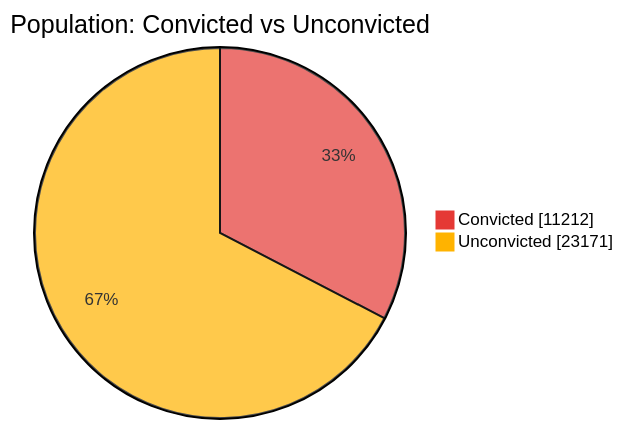
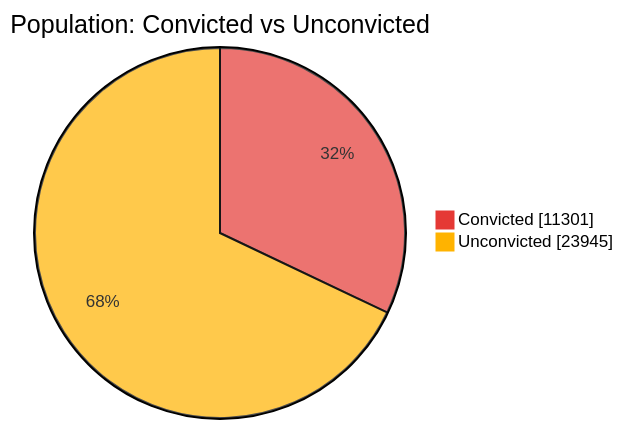
One commit to nuuuwan/lk_prisons changed the first of 7 diagrams in README.md. Above: the diagram before and after it, drawn with Mermaid. The commit also changed other lines of this file and 1 other file, not shown here.

````diff
--- a/README.md
+++ b/README.md
@@ -43,6 +43,6 @@
 ```mermaid
 %%{init: {'themeVariables': {'pie1': '#E53935', 'pie2': '#FFB300'}}}%%
 pie showData title Population: Convicted vs Unconvicted
-    "Convicted" : 11212
-    "Unconvicted" : 23171
+    "Convicted" : 11301
+    "Unconvicted" : 23945
 ```
````
